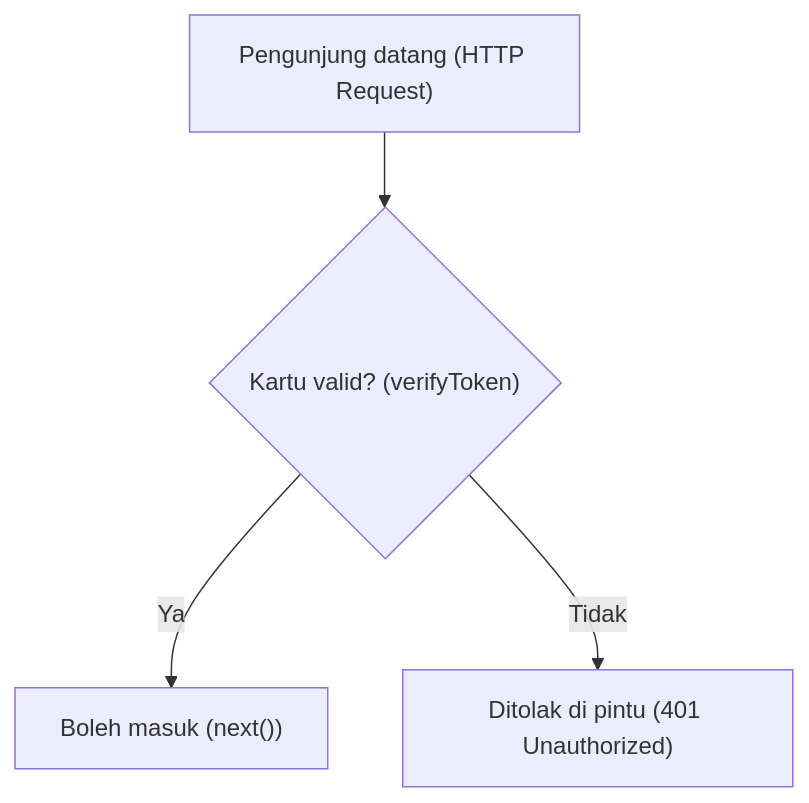
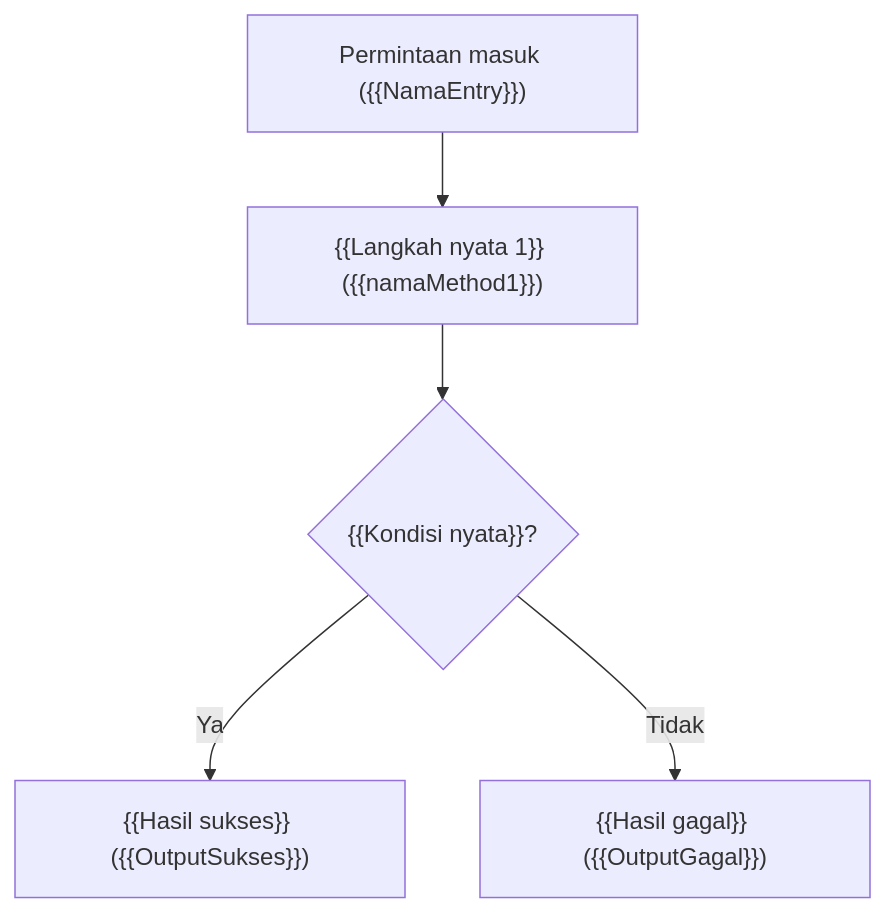
One commit to galihtra/babydocs changed the diagram in templates/folder-readme-template.md. Above: the diagram before and after it, drawn with Mermaid. The commit also changed other lines of this file and 4 other files, not shown here.

````diff
--- a/templates/folder-readme-template.md
+++ b/templates/folder-readme-template.md
@@ -55,6 +39,7 @@
 ```mermaid
 flowchart TD
-    mulai["Pengunjung datang (HTTP Request)"] --> cek{"Kartu valid? (verifyToken)"}
-    cek -- "Ya" --> masuk["Boleh masuk (next())"]
-    cek -- "Tidak" --> tolak["Ditolak di pintu (401 Unauthorized)"]
+    req["Permintaan masuk ({{NamaEntry}})"] --> proc["{{Langkah nyata 1}} ({{namaMethod1}})"]
+    proc --> cek{"{{Kondisi nyata}}?"}
+    cek -- "Ya" --> ok["{{Hasil sukses}} ({{OutputSukses}})"]
+    cek -- "Tidak" --> err["{{Hasil gagal}} ({{OutputGagal}})"]
 ```
````
